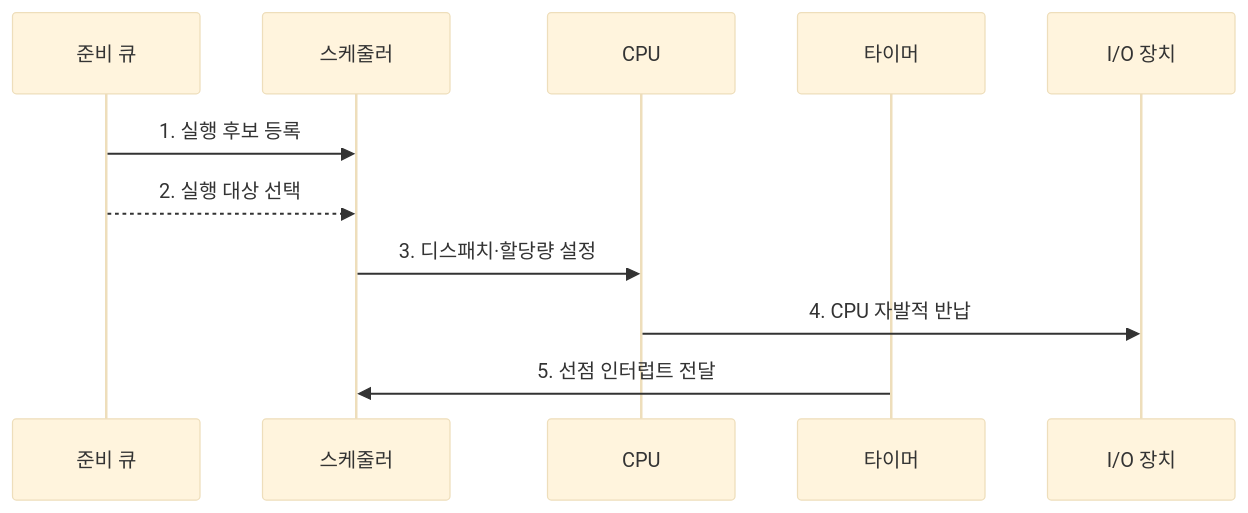
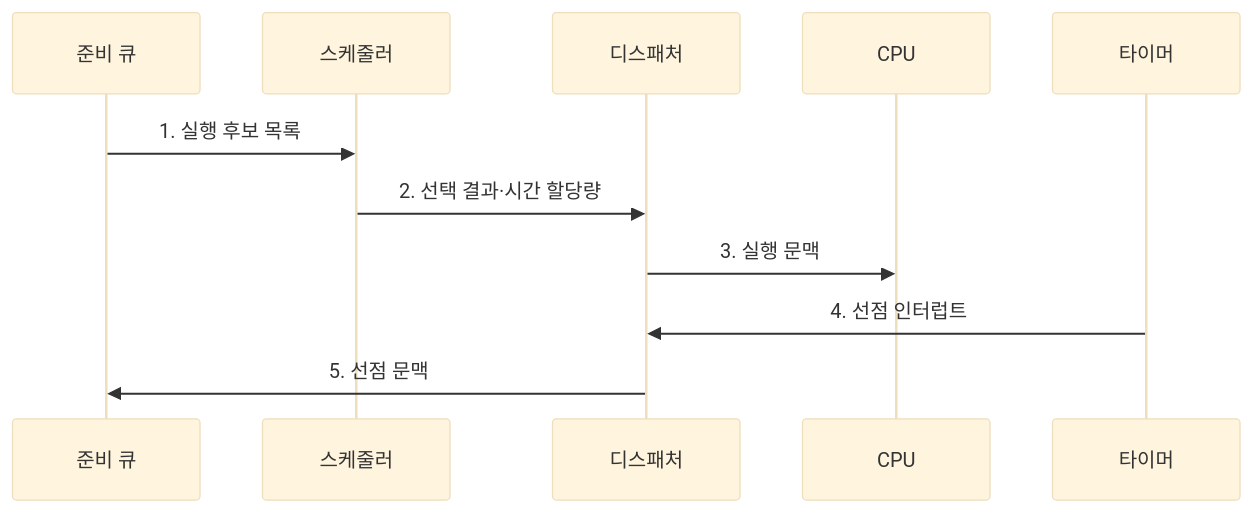
The second of 2 diagrams in src/content/docs/notes/03-software/004_process_scheduling.md (agnusdei1207/knowledge-base), drawn with Mermaid (base theme) before and after one commit. The commit also changed other lines of this file and 20 other files, not shown here.

````diff
--- a/src/content/docs/notes/03-software/004_process_scheduling.md
+++ b/src/content/docs/notes/03-software/004_process_scheduling.md
@@ -96,13 +100,13 @@
 ```mermaid
 sequenceDiagram
     participant Q as 준비 큐
     participant S as 스케줄러
+    participant D as 디스패처
     participant C as CPU
     participant T as 타이머
-    participant I as I/O 장치
-    Q->>S: 1. 실행 후보 등록
-    Q-->>S: 2. 실행 대상 선택
-    S->>C: 3. 디스패치·할당량 설정
-    C->>I: 4. CPU 자발적 반납
-    T->>S: 5. 선점 인터럽트 전달
+    Q->>S: 1. 실행 후보 목록
+    S->>D: 2. 선택 결과·시간 할당량
+    D->>C: 3. 실행 문맥
+    T->>D: 4. 선점 인터럽트
+    D->>Q: 5. 선점 문맥
 ```
````
